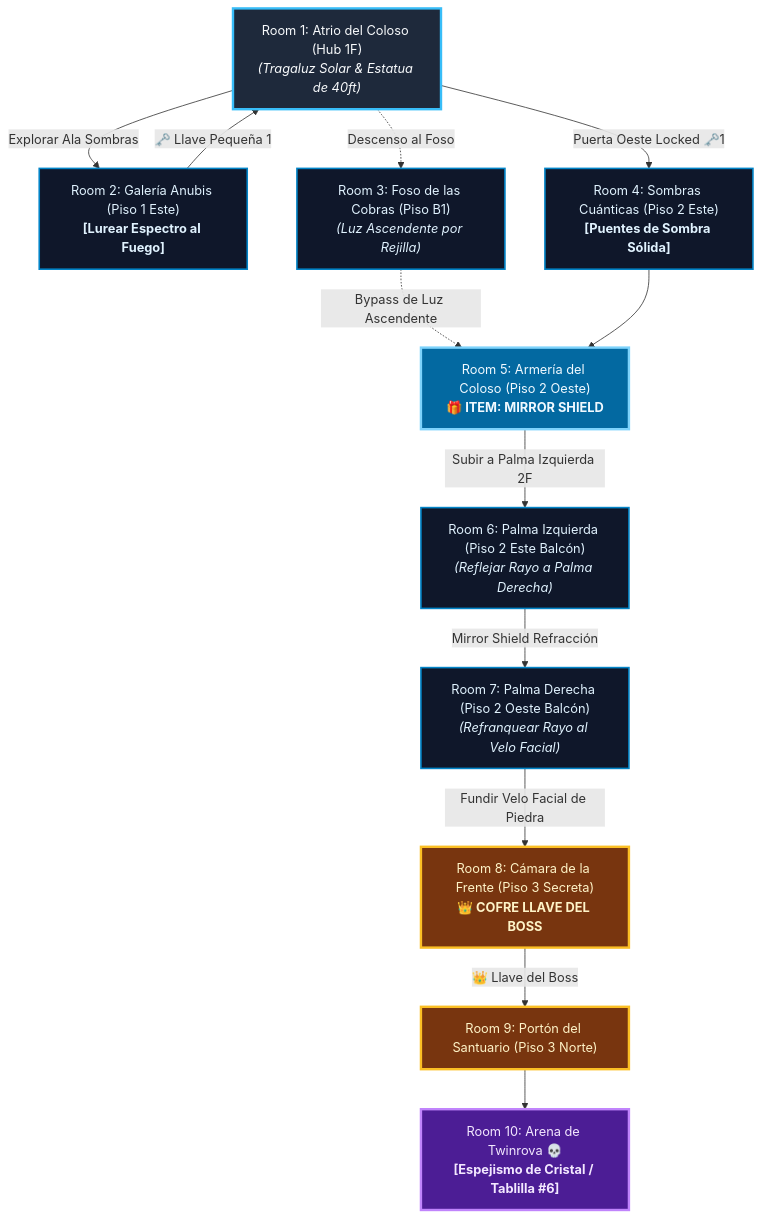
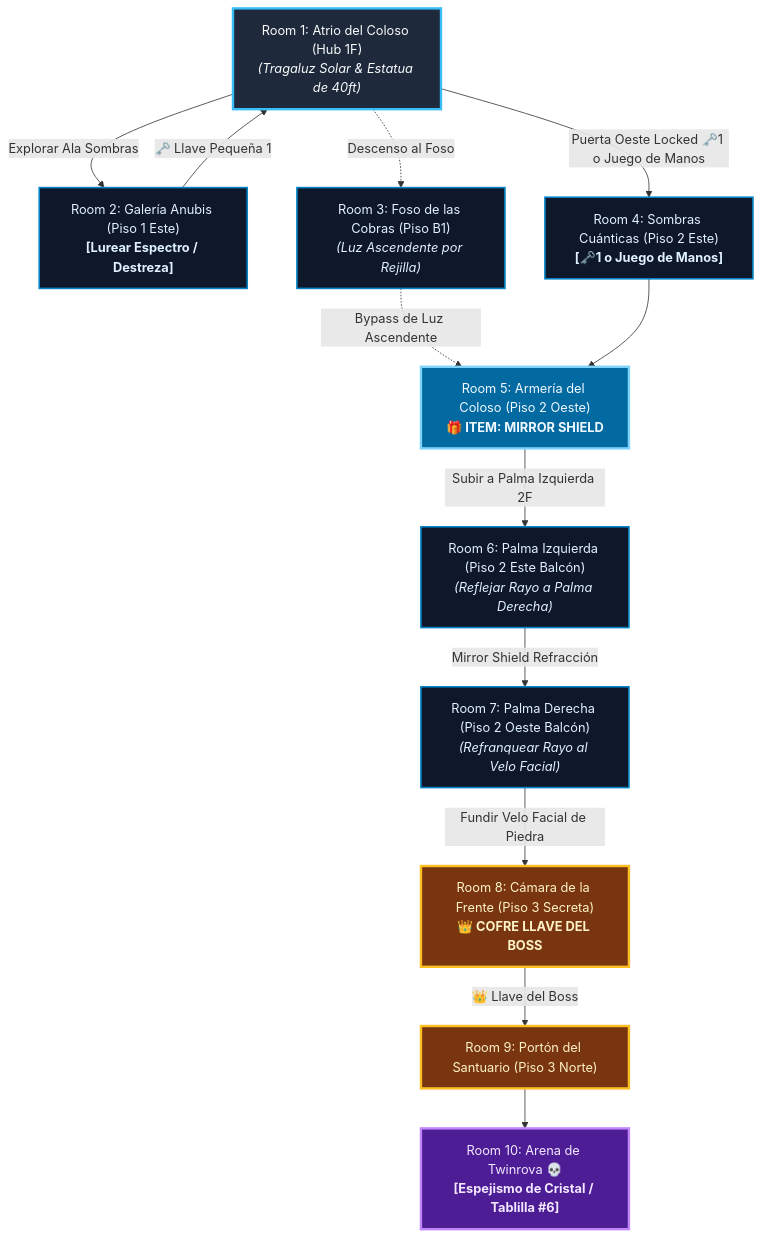
The diagram in 7 - DM/OneShots/ARepeat/Subdungeons/06_Subdungeon_Luz_Santuario.md (linkmati/ShivathLyss), drawn with Mermaid before and after one commit. The commit also changed other lines of this file and 6 other files, not shown here.

````diff
--- a/7 - DM/OneShots/ARepeat/Subdungeons/06_Subdungeon_Luz_Santuario.md
+++ b/7 - DM/OneShots/ARepeat/Subdungeons/06_Subdungeon_Luz_Santuario.md
@@ -15,29 +16,29 @@
 ```mermaid
 graph TD
     classDef hub fill:#1e293b,stroke:#38bdf8,stroke-width:3px,color:#f8fafc;
     classDef branch fill:#0f172a,stroke:#0284c7,stroke-width:2px,color:#e0f2fe;
     classDef item fill:#0369a1,stroke:#7dd3fc,stroke-width:3px,color:#f0f9ff;
     classDef key fill:#78350f,stroke:#fbbf24,stroke-width:3px,color:#fef3c7;
     classDef boss fill:#4c1d95,stroke:#c084fc,stroke-width:3px,color:#f3e8ff;
 
     L1["Room 1: Atrio del Coloso (Hub 1F)<br/><i>(Tragaluz Solar & Estatua de 40ft)</i>"]:::hub
-    L2["Room 2: Galería Anubis (Piso 1 Este)<br/><b>[Lurear Espectro al Fuego]</b>"]:::branch
+    L2["Room 2: Galería Anubis (Piso 1 Este)<br/><b>[Lurear Espectro / Destreza]</b>"]:::branch
     L3["Room 3: Foso de las Cobras (Piso B1)<br/><i>(Luz Ascendente por Rejilla)</i>"]:::branch
-    L4["Room 4: Sombras Cuánticas (Piso 2 Este)<br/><b>[Puentes de Sombra Sólida]</b>"]:::branch
+    L4["Room 4: Sombras Cuánticas (Piso 2 Este)<br/><b>[🗝️1 o Juego de Manos]</b>"]:::branch
     L5["Room 5: Armería del Coloso (Piso 2 Oeste)<br/><b>🎁 ITEM: MIRROR SHIELD</b>"]:::item
     L6["Room 6: Palma Izquierda (Piso 2 Este Balcón)<br/><i>(Reflejar Rayo a Palma Derecha)</i>"]:::branch
     L7["Room 7: Palma Derecha (Piso 2 Oeste Balcón)<br/><i>(Refranquear Rayo al Velo Facial)</i>"]:::branch
     L8["Room 8: Cámara de la Frente (Piso 3 Secreta)<br/><b>👑 COFRE LLAVE DEL BOSS</b>"]:::key
     L9["Room 9: Portón del Santuario (Piso 3 Norte)"]:::key
     L10["Room 10: Arena de Twinrova 💀<br/><b>[Espejismo de Cristal / Tablilla #6]</b>"]:::boss
 
     L1 -->|Explorar Ala Sombras| L2
     L2 -->|🗝️ Llave Pequeña 1| L1
     L1 -.->|Descenso al Foso| L3
     L3 -.->|Bypass de Luz Ascendente| L5
-    L1 -->|Puerta Oeste Locked 🗝️1| L4 --> L5
+    L1 -->|Puerta Oeste Locked 🗝️1 o Juego de Manos| L4 --> L5
     L5 -->|Subir a Palma Izquierda 2F| L6
     L6 -->|Mirror Shield Refracción| L7
     L7 -->|Fundir Velo Facial de Piedra| L8
     L8 -->|👑 Llave del Boss| L9 --> L10
 ```
````
